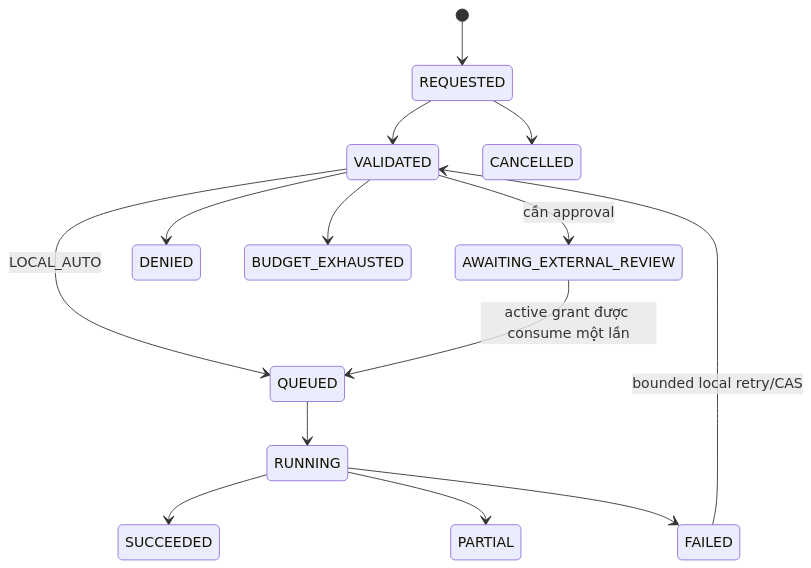
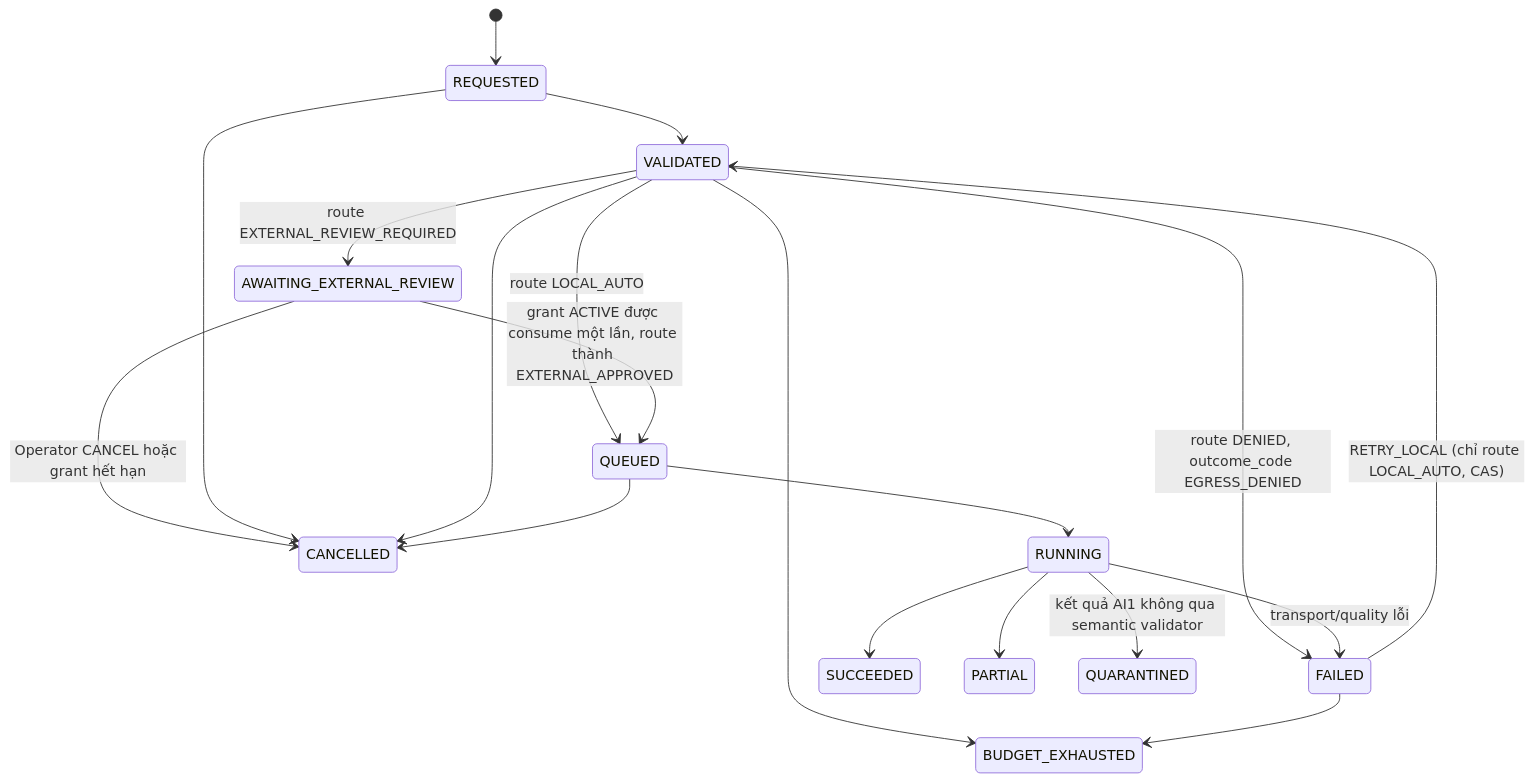
Diagram 17 of 31 in docs/DOC-04-architecture.md (AI20K-VGR/contract-intelligence-core), drawn with Mermaid before and after one commit. The commit also changed other lines of this file and 16 other files, not shown here.

````diff
--- a/docs/DOC-04-architecture.md
+++ b/docs/DOC-04-architecture.md
@@ -369,16 +427,21 @@
 ```mermaid
 stateDiagram-v2
   [*] --> REQUESTED
   REQUESTED --> VALIDATED
-  VALIDATED --> QUEUED: LOCAL_AUTO
-  VALIDATED --> AWAITING_EXTERNAL_REVIEW: cần approval
-  AWAITING_EXTERNAL_REVIEW --> QUEUED: active grant được consume một lần
+  VALIDATED --> QUEUED: route LOCAL_AUTO
+  VALIDATED --> AWAITING_EXTERNAL_REVIEW: route EXTERNAL_REVIEW_REQUIRED
+  VALIDATED --> FAILED: route DENIED, outcome_code EGRESS_DENIED
+  AWAITING_EXTERNAL_REVIEW --> QUEUED: grant ACTIVE được consume một lần, route thành EXTERNAL_APPROVED
+  AWAITING_EXTERNAL_REVIEW --> CANCELLED: Operator CANCEL hoặc grant hết hạn
   QUEUED --> RUNNING
   RUNNING --> SUCCEEDED
   RUNNING --> PARTIAL
-  RUNNING --> FAILED
-  FAILED --> VALIDATED: bounded local retry/CAS
-  VALIDATED --> DENIED
+  RUNNING --> FAILED: transport/quality lỗi
+  RUNNING --> QUARANTINED: kết quả AI1 không qua semantic validator
+  FAILED --> VALIDATED: RETRY_LOCAL (chỉ route LOCAL_AUTO, CAS)
+  VALIDATED --> BUDGET_EXHAUSTED
+  FAILED --> BUDGET_EXHAUSTED
   REQUESTED --> CANCELLED
-  VALIDATED --> BUDGET_EXHAUSTED
+  VALIDATED --> CANCELLED
+  QUEUED --> CANCELLED
 ```
````
